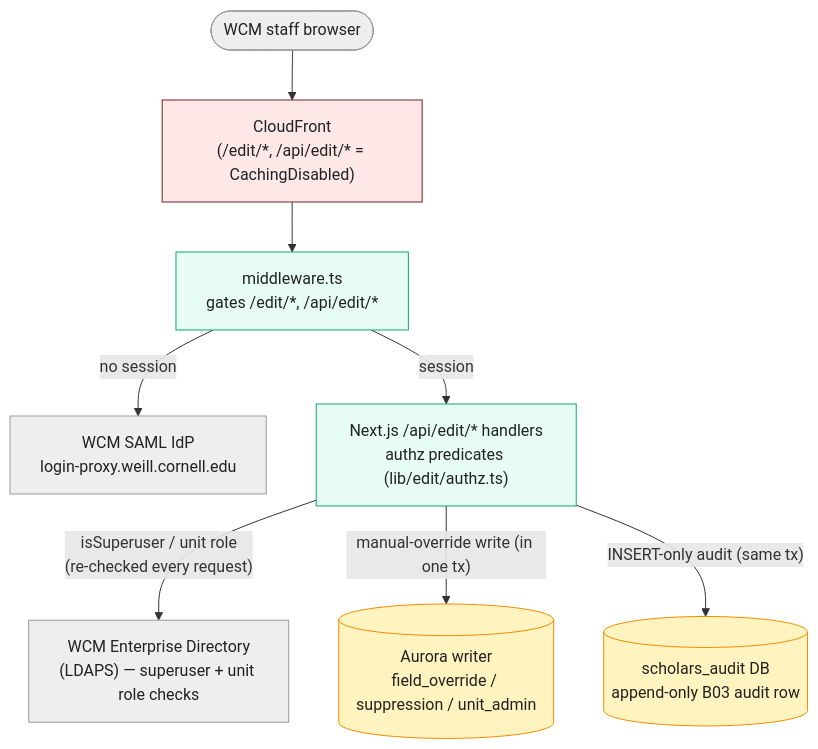
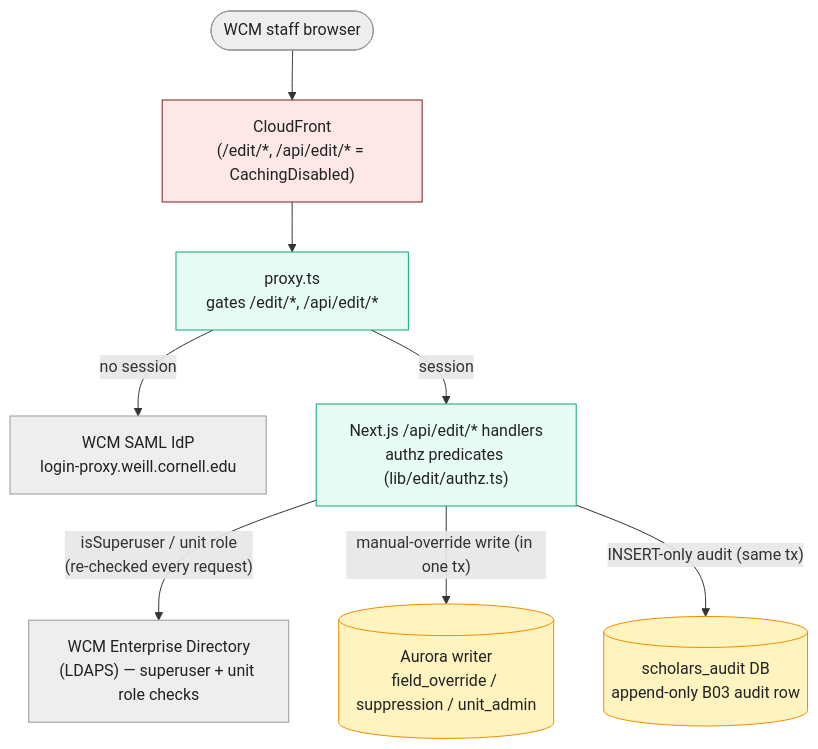
Before and after one commit to wcmc-its/Scholars-Profile-System: the diagram in docs/architecture-overview.md, drawn with Mermaid. The commit also changed 18 other files, not shown here.

First line of the commit message:
refactor(next16): rename middleware.ts to proxy.ts (#2978)

````diff
--- a/docs/architecture-overview.md
+++ b/docs/architecture-overview.md
@@ -65,23 +65,23 @@
 ```mermaid
 flowchart TD
   staff([WCM staff browser]):::ext
   cf2["CloudFront<br/>(/edit/*, /api/edit/* = CachingDisabled)"]:::edge
-  mw["middleware.ts<br/>gates /edit/*, /api/edit/*"]:::app
+  mw["proxy.ts<br/>gates /edit/*, /api/edit/*"]:::app
   saml["WCM SAML IdP<br/>login-proxy.weill.cornell.edu"]:::ext
   ldap["WCM Enterprise Directory<br/>(LDAPS) — superuser + unit role checks"]:::ext
   app2["Next.js /api/edit/* handlers<br/>authz predicates (lib/edit/authz.ts)"]:::app
   aurw[("Aurora writer<br/>field_override / suppression / unit_admin")]:::data
   audit[("scholars_audit DB<br/>append-only B03 audit row")]:::data
 
   staff --> cf2 --> mw
   mw -->|"no session"| saml
   mw -->|"session"| app2
   app2 -->|"isSuperuser / unit role<br/>(re-checked every request)"| ldap
   app2 -->|"manual-override write (in one tx)"| aurw
   app2 -->|"INSERT-only audit (same tx)"| audit
 
   classDef ext fill:#eee,stroke:#999,color:#222;
   classDef edge fill:#fde7e7,stroke:#7d1c1c,color:#222;
   classDef app fill:#e6fcf5,stroke:#0ca678,color:#222;
   classDef data fill:#fff3bf,stroke:#f08c00,color:#222;
 ```
````
